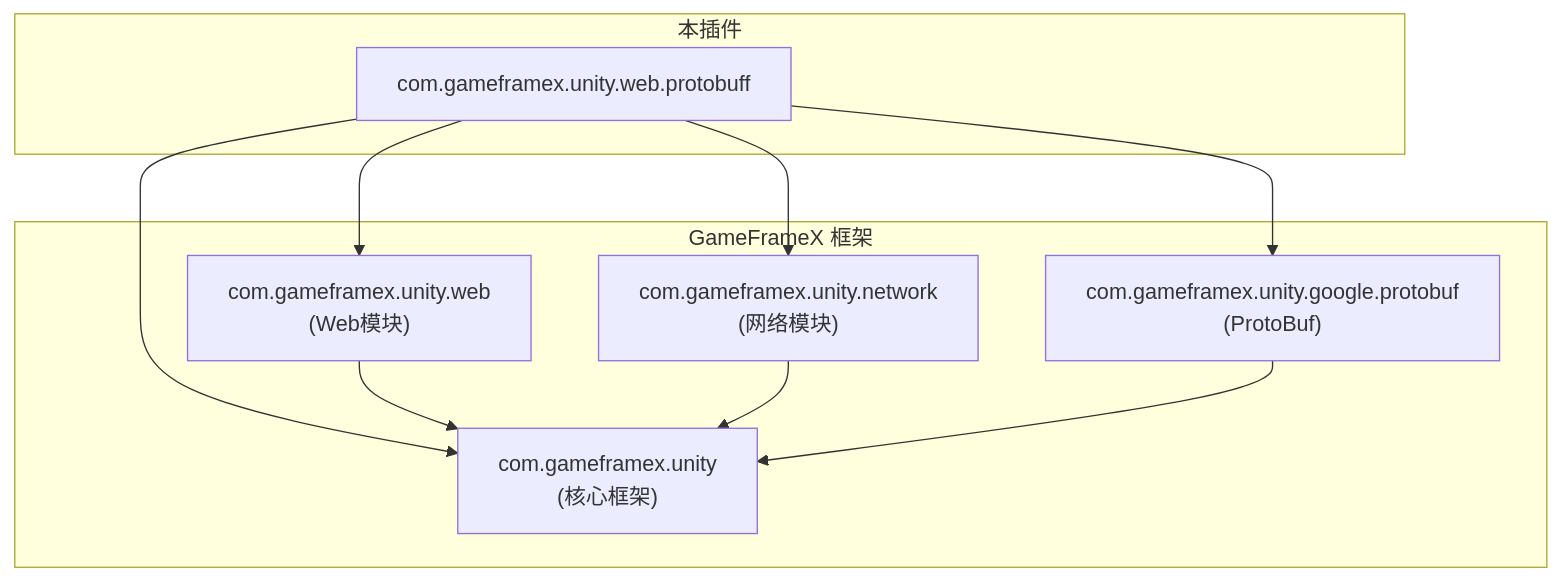
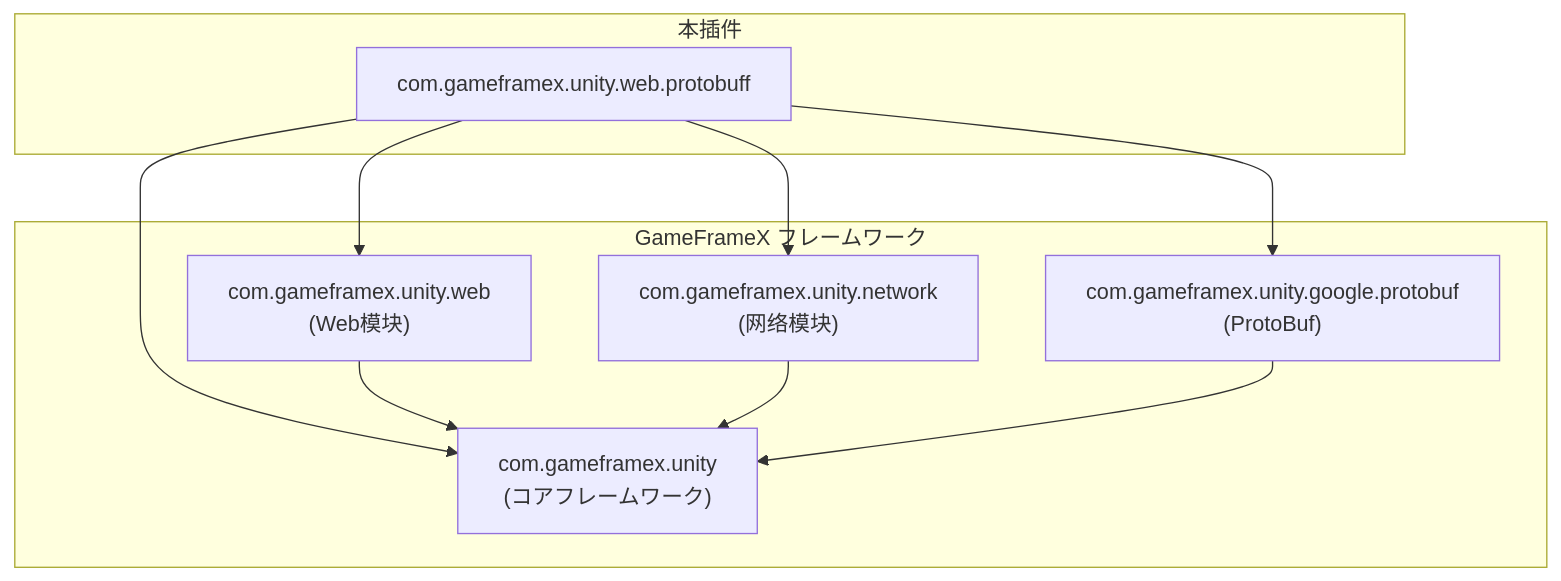
The first of 3 diagrams in docs/ja/client/unity/component/web-protobuff/05.dependencies.md (AlianBlank/GameFrameX.Docs), drawn with Mermaid before and after one commit. The commit also changed other lines of this file and 603 other files, not shown here.

````diff
--- a/docs/ja/client/unity/component/web-protobuff/05.dependencies.md
+++ b/docs/ja/client/unity/component/web-protobuff/05.dependencies.md
@@ -37,22 +37,22 @@
 ```mermaid
 flowchart TD
-    subgraph GameFrameX["GameFrameX 框架"]
-        Core["com.gameframex.unity<br/>(核心框架)"]
+    subgraph GameFrameX["GameFrameX フレームワーク"]
+        Core["com.gameframex.unity<br/>(コアフレームワーク)"]
         Web["com.gameframex.unity.web<br/>(Web模块)"]
         Network["com.gameframex.unity.network<br/>(网络模块)"]
         ProtoBuf["com.gameframex.unity.google.protobuf<br/>(ProtoBuf)"]
     end
     
     subgraph ThisPlugin["本插件"]
         WebProtoBuff["com.gameframex.unity.web.protobuff"]
     end
     
     WebProtoBuff --> Core
     WebProtoBuff --> Web
     WebProtoBuff --> Network
     WebProtoBuff --> ProtoBuf
     
     Web --> Core
     Network --> Core
     ProtoBuf --> Core
 ```
````
